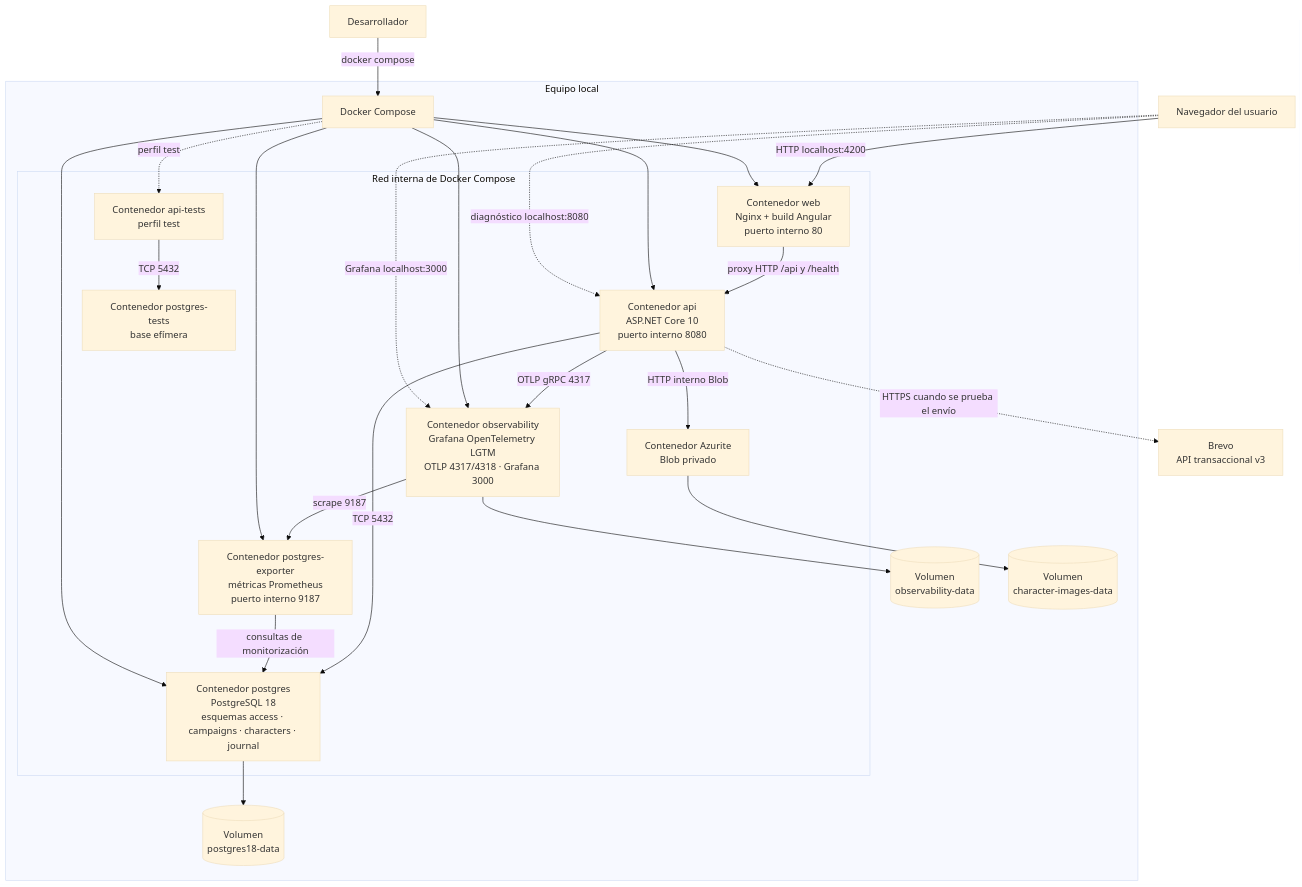
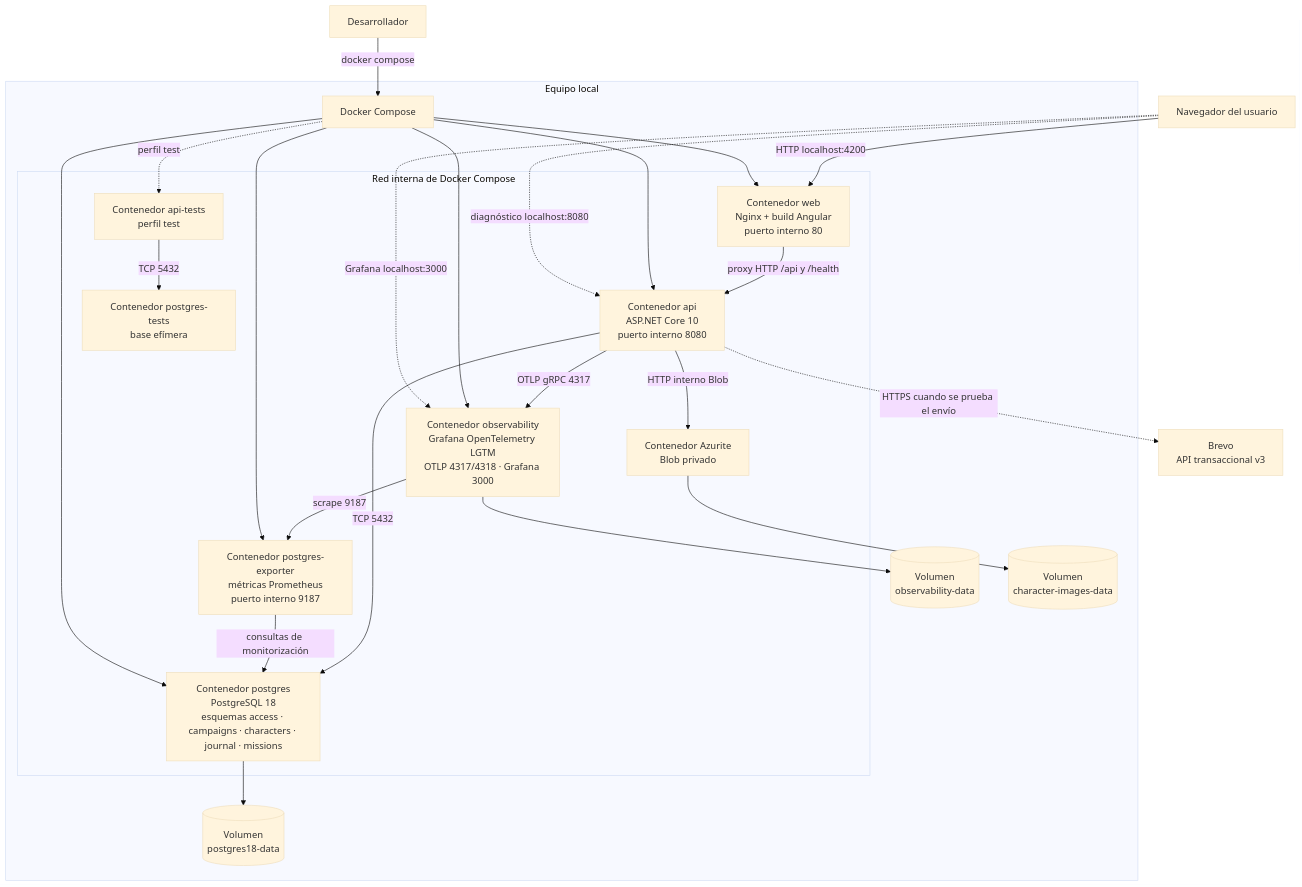
One commit to PeterBFoo/dnd-campaign-manager changed the first of 2 diagrams in docs/architecture/diagrama-de-despliegue.md. Above: the diagram before and after it, drawn with Mermaid (base theme). The commit also changed 50 other files, not shown here.

````diff
--- a/docs/architecture/diagrama-de-despliegue.md
+++ b/docs/architecture/diagrama-de-despliegue.md
@@ -10,49 +10,49 @@
 ```mermaid
 flowchart TB
     browser["Navegador del usuario"]
     developer["Desarrollador"]
     brevo["Brevo<br/>API transaccional v3"]
 
     subgraph host["Equipo local"]
         compose["Docker Compose"]
 
         subgraph network["Red interna de Docker Compose"]
             web["Contenedor web<br/>Nginx + build Angular<br/>puerto interno 80"]
             api["Contenedor api<br/>ASP.NET Core 10<br/>puerto interno 8080"]
-            postgres["Contenedor postgres<br/>PostgreSQL 18<br/>esquemas access · campaigns · characters · journal"]
+            postgres["Contenedor postgres<br/>PostgreSQL 18<br/>esquemas access · campaigns · characters · journal · missions"]
             azurite["Contenedor Azurite<br/>Blob privado"]
             postgres_exporter["Contenedor postgres-exporter<br/>métricas Prometheus<br/>puerto interno 9187"]
             lgtm["Contenedor observability<br/>Grafana OpenTelemetry LGTM<br/>OTLP 4317/4318 · Grafana 3000"]
             tests["Contenedor api-tests<br/>perfil test"]
             postgres_tests["Contenedor postgres-tests<br/>base efímera"]
         end
 
         postgres_volume[("Volumen<br/>postgres18-data")]
         telemetry_volume[("Volumen<br/>observability-data")]
         image_volume[("Volumen<br/>character-images-data")]
     end
 
     browser -->|"HTTP localhost:4200"| web
     web -->|"proxy HTTP /api y /health"| api
     api -->|"TCP 5432"| postgres
     api -->|"HTTP interno Blob"| azurite
     api -->|"OTLP gRPC 4317"| lgtm
     api -.->|"HTTPS cuando se prueba el envío"| brevo
     postgres_exporter -->|"consultas de monitorización"| postgres
     lgtm -->|"scrape 9187"| postgres_exporter
 
     developer -->|"docker compose"| compose
     compose --> web
     compose --> api
     compose --> postgres
     compose --> postgres_exporter
     compose --> lgtm
     compose -.->|"perfil test"| tests
     tests -->|"TCP 5432"| postgres_tests
 
     browser -.->|"diagnóstico localhost:8080"| api
     browser -.->|"Grafana localhost:3000"| lgtm
     postgres --> postgres_volume
     lgtm --> telemetry_volume
     azurite --> image_volume
 ```
````
